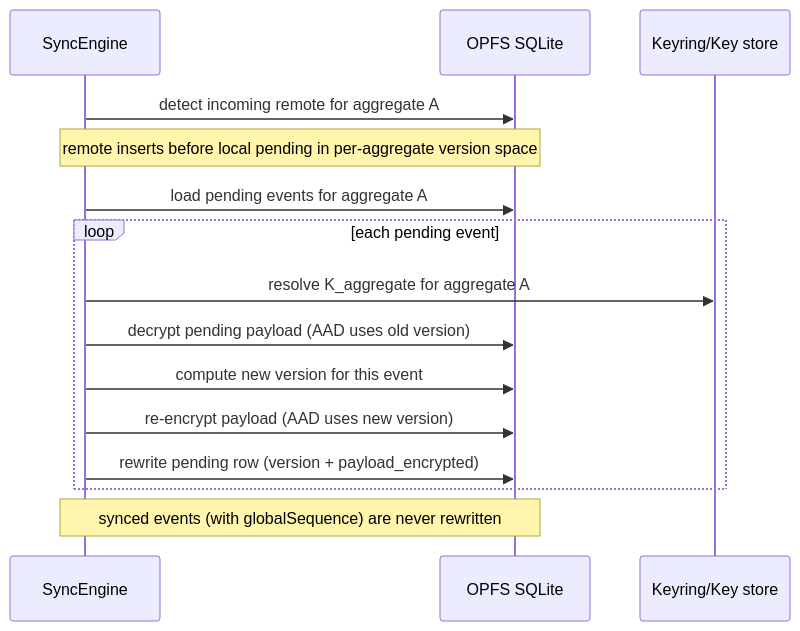
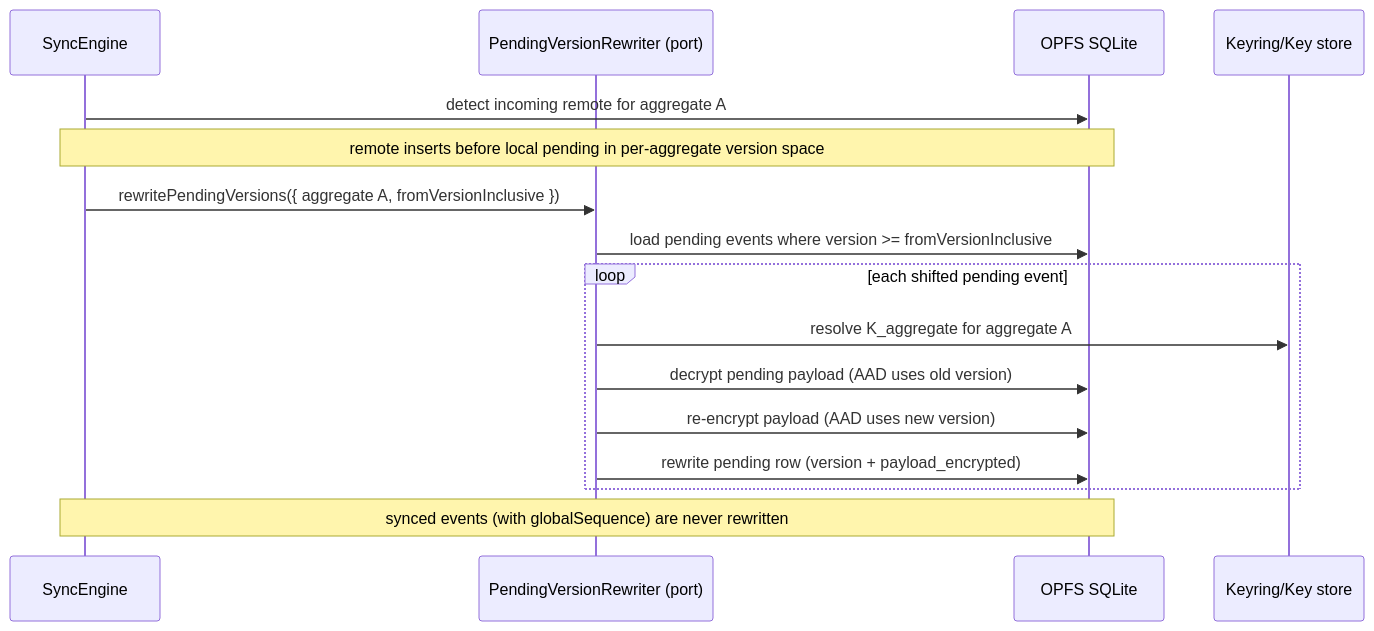
Before and after one commit to chronologion/mo-local: the second of 2 diagrams in docs/architecture/infrastructure-layer.md, drawn with Mermaid. The commit also changed other lines of this file and 3 other files, not shown here.

````diff
--- a/docs/architecture/infrastructure-layer.md
+++ b/docs/architecture/infrastructure-layer.md
@@ -199,18 +199,19 @@
 ```mermaid
 sequenceDiagram
   participant SE as SyncEngine
+  participant RW as PendingVersionRewriter (port)
   participant DB as OPFS SQLite
   participant Keys as Keyring/Key store
 
   SE->>DB: detect incoming remote for aggregate A
   Note over SE,DB: remote inserts before local pending in per-aggregate version space
-  SE->>DB: load pending events for aggregate A
-  loop each pending event
-    SE->>Keys: resolve K_aggregate for aggregate A
-    SE->>DB: decrypt pending payload (AAD uses old version)
-    SE->>DB: compute new version for this event
-    SE->>DB: re-encrypt payload (AAD uses new version)
-    SE->>DB: rewrite pending row (version + payload_encrypted)
+  SE->>RW: rewritePendingVersions({ aggregate A, fromVersionInclusive })
+  RW->>DB: load pending events where version >= fromVersionInclusive
+  loop each shifted pending event
+    RW->>Keys: resolve K_aggregate for aggregate A
+    RW->>DB: decrypt pending payload (AAD uses old version)
+    RW->>DB: re-encrypt payload (AAD uses new version)
+    RW->>DB: rewrite pending row (version + payload_encrypted)
   end
   Note over SE,DB: synced events (with globalSequence) are never rewritten
 ```
````
